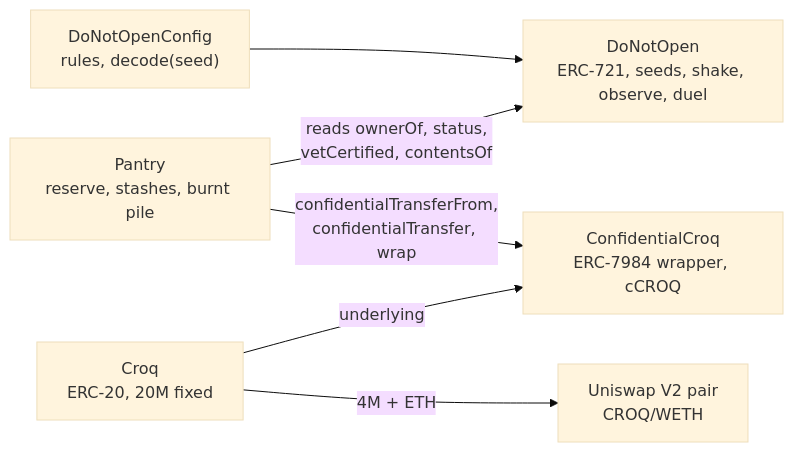
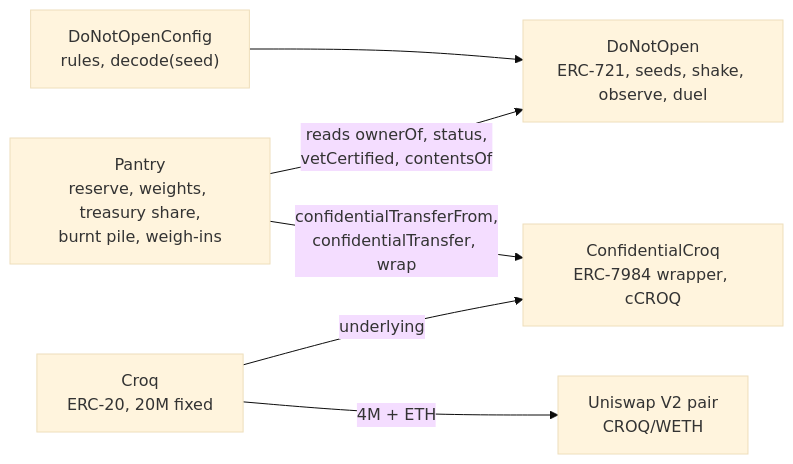
One commit to jecombe/do_not_open changed the third of 6 diagrams in docs/ARCHITECTURE.md. Above: the diagram before and after it, drawn with Mermaid (base theme). The commit also changed other lines of this file and 52 other files, not shown here.

````diff
--- a/docs/ARCHITECTURE.md
+++ b/docs/ARCHITECTURE.md
@@ -66,8 +66,8 @@
 ```mermaid
 flowchart LR
   cfg["DoNotOpenConfig<br/>rules, decode(seed)"] --> dno["DoNotOpen<br/>ERC-721, seeds, shake, observe, duel"]
   croq["Croq<br/>ERC-20, 20M fixed"] -- "underlying" --> ccroq["ConfidentialCroq<br/>ERC-7984 wrapper, cCROQ"]
-  pantry["Pantry<br/>reserve, stashes, burnt pile"] -- "reads ownerOf, status,<br/>vetCertified, contentsOf" --> dno
+  pantry["Pantry<br/>reserve, weights, treasury share,<br/>burnt pile, weigh-ins"] -- "reads ownerOf, status,<br/>vetCertified, contentsOf" --> dno
   pantry -- "confidentialTransferFrom,<br/>confidentialTransfer, wrap" --> ccroq
   croq -- "4M + ETH" --> pair["Uniswap V2 pair<br/>CROQ/WETH"]
 ```
````
